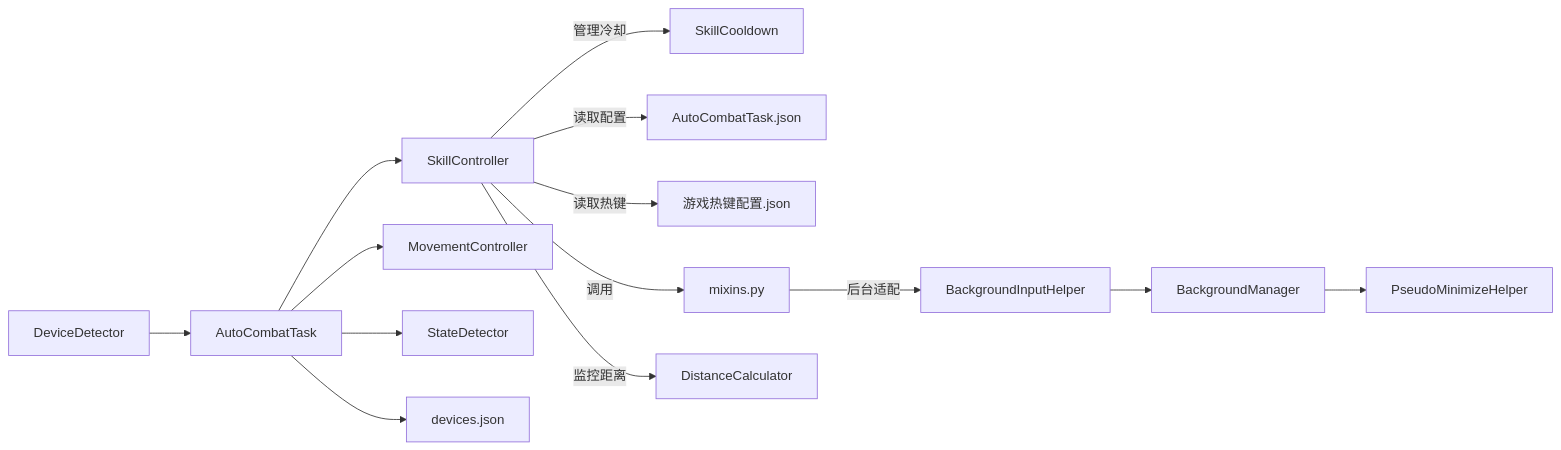
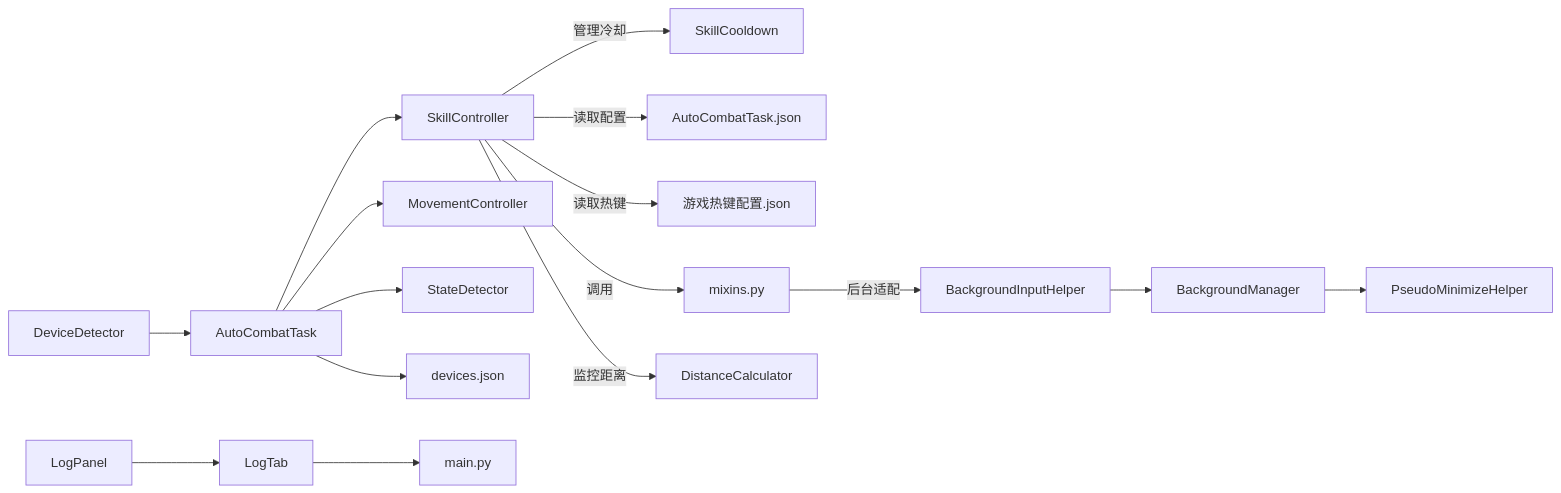
One commit to xsy098-max/ok-jump changed the eighth of 8 diagrams in .qoder/repowiki/zh/content/战斗系统/技能控制器.md. Above: the diagram before and after it, drawn with Mermaid. The commit also changed other lines of this file and 14 other files, not shown here.

````diff
--- a/.qoder/repowiki/zh/content/战斗系统/技能控制器.md
+++ b/.qoder/repowiki/zh/content/战斗系统/技能控制器.md
@@ -761,16 +899,18 @@
 ```mermaid
 graph LR
 SC["SkillController"] --> |管理冷却| COOLDOWN["SkillCooldown"]
 SC --> |读取配置| AC["AutoCombatTask.json"]
 SC --> |读取热键| HK["游戏热键配置.json"]
 SC --> |调用| Mix["mixins.py"]
 SC --> |监控距离| DC["DistanceCalculator"]
 Mix --> |后台适配| BIH["BackgroundInputHelper"]
 BIH --> BM["BackgroundManager"]
 BM --> PMH["PseudoMinimizeHelper"]
 ACT["AutoCombatTask"] --> SC
 ACT --> MC["MovementController"]
 ACT --> SD["StateDetector"]
 DD["DeviceDetector"] --> ACT
 ACT --> DEV["devices.json"]
+LP["LogPanel"] --> LT["LogTab"]
+LT --> MAIN["main.py"]
 ```
````
